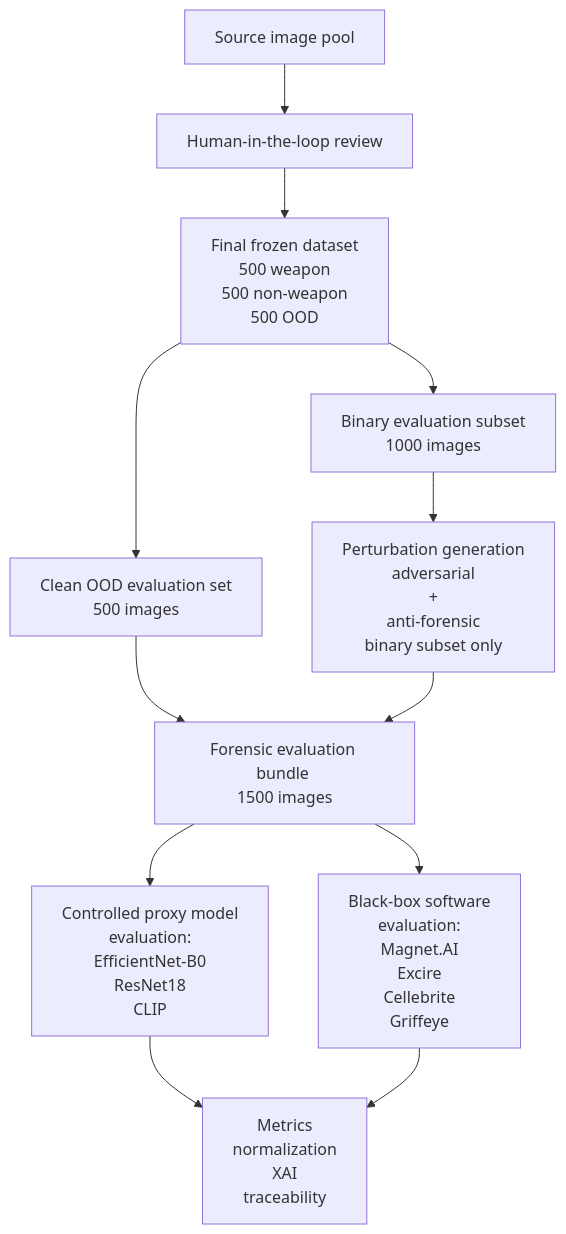
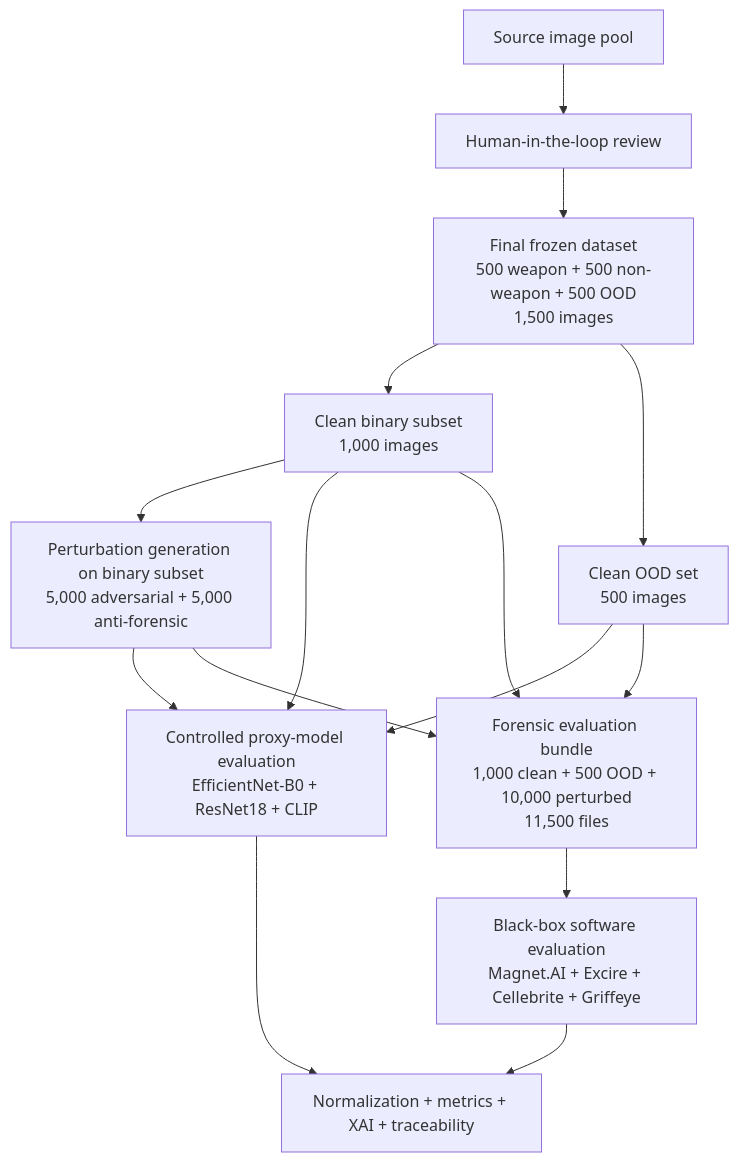
The diagram in README.md (lmolinario/msc-thesis-ai-robustness-in-digital-forensics), drawn with Mermaid before and after one commit. The commit also changed other lines of this file and 4 other files, not shown here.

````diff
--- a/README.md
+++ b/README.md
@@ -63,29 +61,32 @@
 ```mermaid
 flowchart TD
     A[Source image pool]
     B[Human-in-the-loop review]
-    C[Final frozen dataset<br/>500 weapon <br/> 500 non-weapon <br/> 500 OOD]
+    C[Final frozen dataset<br/>500 weapon + 500 non-weapon + 500 OOD<br/>1,500 images]
 
-    D[Binary evaluation subset<br/>1000 images]
-    E[Clean OOD evaluation set<br/>500 images]
+    D[Clean binary subset<br/>1,000 images]
+    E[Clean OOD set<br/>500 images]
+    F[Perturbation generation on binary subset<br/>5,000 adversarial + 5,000 anti-forensic]
 
-    F[Perturbation generation<br/>adversarial <br/>+<br/> anti-forensic <br/> binary subset only]
-
-    G[Forensic evaluation bundle <br/>1500 images]
-
-    H[Controlled proxy model<br/> evaluation:<br/>EfficientNet-B0 <br/> ResNet18 <br/> CLIP]
-    I[Black-box software<br/> evaluation:<br/>Magnet.AI <br/> Excire <br/> Cellebrite <br/> Griffeye]
-
-    J[Metrics <br/> normalization <br/> XAI <br/> traceability]
+    G[Controlled proxy-model evaluation<br/>EfficientNet-B0 + ResNet18 + CLIP]
+    H[Forensic evaluation bundle<br/>1,000 clean + 500 OOD + 10,000 perturbed<br/>11,500 files]
+    I[Black-box software evaluation<br/>Magnet.AI + Excire + Cellebrite + Griffeye]
+    J[Normalization + metrics + XAI + traceability]
 
     A --> B --> C
     C --> D
     C --> E
     D --> F
+
+    D --> G
     E --> G
     F --> G
-    G --> H
-    G --> I
-    H --> J
+
+    D --> H
+    E --> H
+    F --> H
+    H --> I
+
+    G --> J
     I --> J
 ```
````
